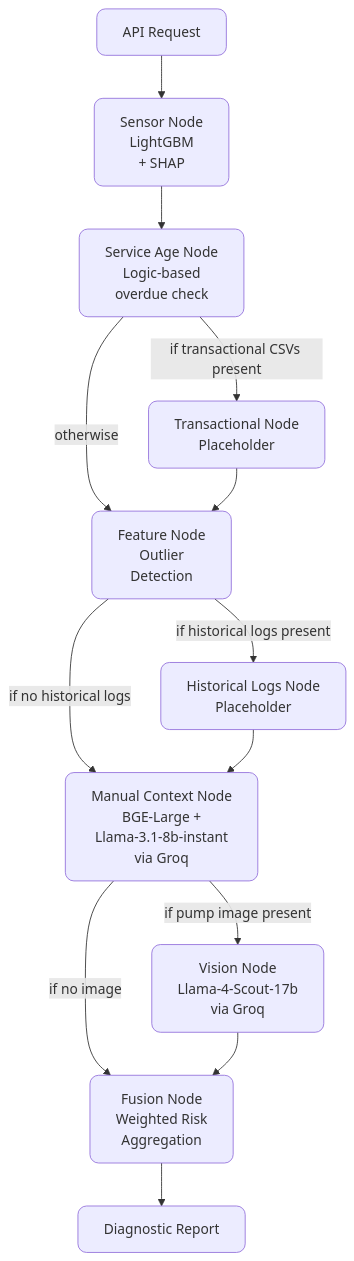
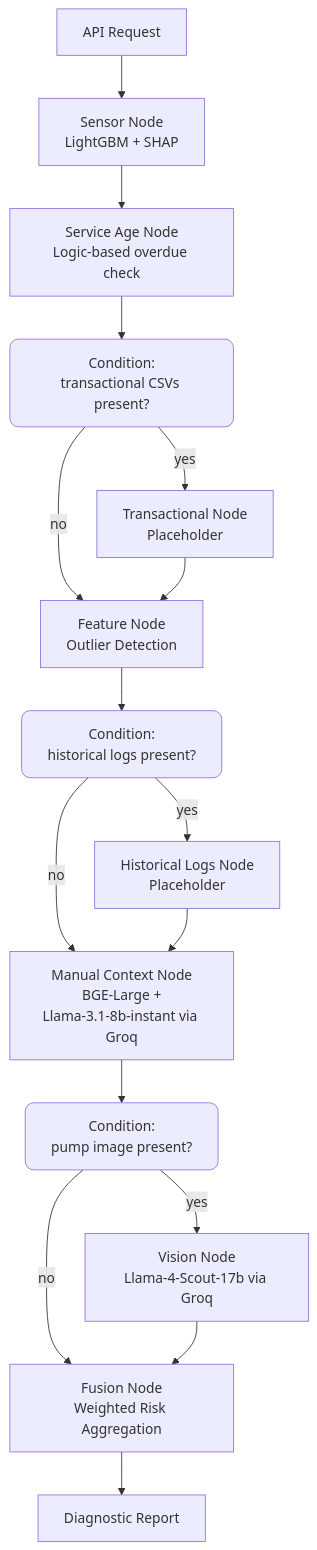
The diagram in README.md (Murthypsty0419/Multi-Modal-Predictive-Maintenance-Agent), drawn with Mermaid before and after one commit.

````diff
--- a/README.md
+++ b/README.md
@@ -23,20 +23,23 @@
 ```mermaid
 flowchart TD
-    A["API Request"] --> SN["Sensor Node<br/>LightGBM<br/>+ SHAP"]
-    SN --> SAN["Service Age Node<br/>Logic-based<br/>overdue check"]
-    SAN -->|"if transactional CSVs present"| TN["Transactional Node<br/>Placeholder"]
-    SAN -->|"otherwise"| FN["Feature Node<br/>Outlier<br/>Detection"]
+    A["API Request"] --> SN["Sensor Node<br/>LightGBM + SHAP"]
+    SN --> SAN["Service Age Node<br/>Logic-based overdue check"]
+    SAN --> C1["Condition:<br/>transactional CSVs present?"]
+    C1 -->|"yes"| TN["Transactional Node<br/>Placeholder"]
+    C1 -->|"no"| FN["Feature Node<br/>Outlier Detection"]
     TN --> FN
 
-    FN -->|"if historical logs present"| HLN["Historical Logs Node<br/>Placeholder"]
-    FN -->|"if no historical logs"| MCN["Manual Context Node<br/>BGE-Large +<br/>Llama-3.1-8b-instant<br/>via Groq"]
+    FN --> C2["Condition:<br/>historical logs present?"]
+    C2 -->|"yes"| HLN["Historical Logs Node<br/>Placeholder"]
+    C2 -->|"no"| MCN["Manual Context Node<br/>BGE-Large +<br/>Llama-3.1-8b-instant via Groq"]
     HLN --> MCN
 
-    MCN -->|"if pump image present"| VN["Vision Node<br/>Llama-4-Scout-17b<br/>via Groq"]
-    MCN -->|"if no image"| FUSE["Fusion Node<br/>Weighted Risk<br/>Aggregation"]
+    MCN --> C3["Condition:<br/>pump image present?"]
+    C3 -->|"yes"| VN["Vision Node<br/>Llama-4-Scout-17b via Groq"]
+    C3 -->|"no"| FUSE["Fusion Node<br/>Weighted Risk Aggregation"]
     VN --> FUSE
     FUSE --> R["Diagnostic Report"]
 
     classDef rounded rx:10,ry:10;
-    class A,SN,SAN,TN,FN,HLN,MCN,VN,FUSE,R rounded;
+    class C1,C2,C3 rounded;
 ```
````
